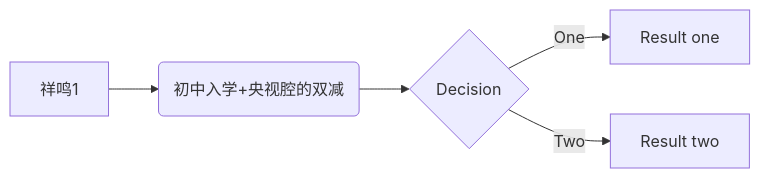
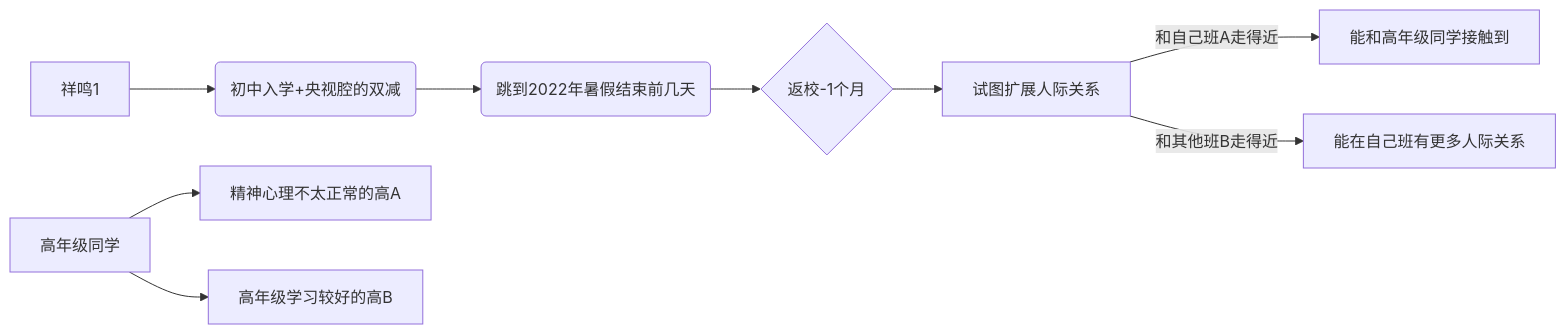
The diagram in 村民的想法堆/祥鸣Ⅰ专用/整体走向/大致想法.md (When-Xiangge-Cry/Story), drawn with Mermaid before and after one commit.

````diff
--- a/村民的想法堆/祥鸣Ⅰ专用/整体走向/大致想法.md
+++ b/村民的想法堆/祥鸣Ⅰ专用/整体走向/大致想法.md
@@ -10,7 +10,11 @@
 ```mermaid
 graph LR
-A[祥鸣1] -->B(初中入学+央视腔的双减)
-    B --> C{Decision}
-    C -->|One| D[Result one]
-    C -->|Two| E[Result two]
+A[祥鸣1] --> start(初中入学+央视腔的双减)
+	start --> 2022summer(跳到2022年暑假结束前几天)
+	2022summer --> beginschool{返校-1个月}
+    beginschool --> makefriends[试图扩展人际关系]
+    makefriends -->|和自己班A走得近| makefriendsA[能和高年级同学接触到]
+    makefriends -->|和其他班B走得近| makefriendsB[能在自己班有更多人际关系]
+    高年级同学 --> 精神心理不太正常的高A
+    高年级同学 --> 高年级学习较好的高B
 ```
````
